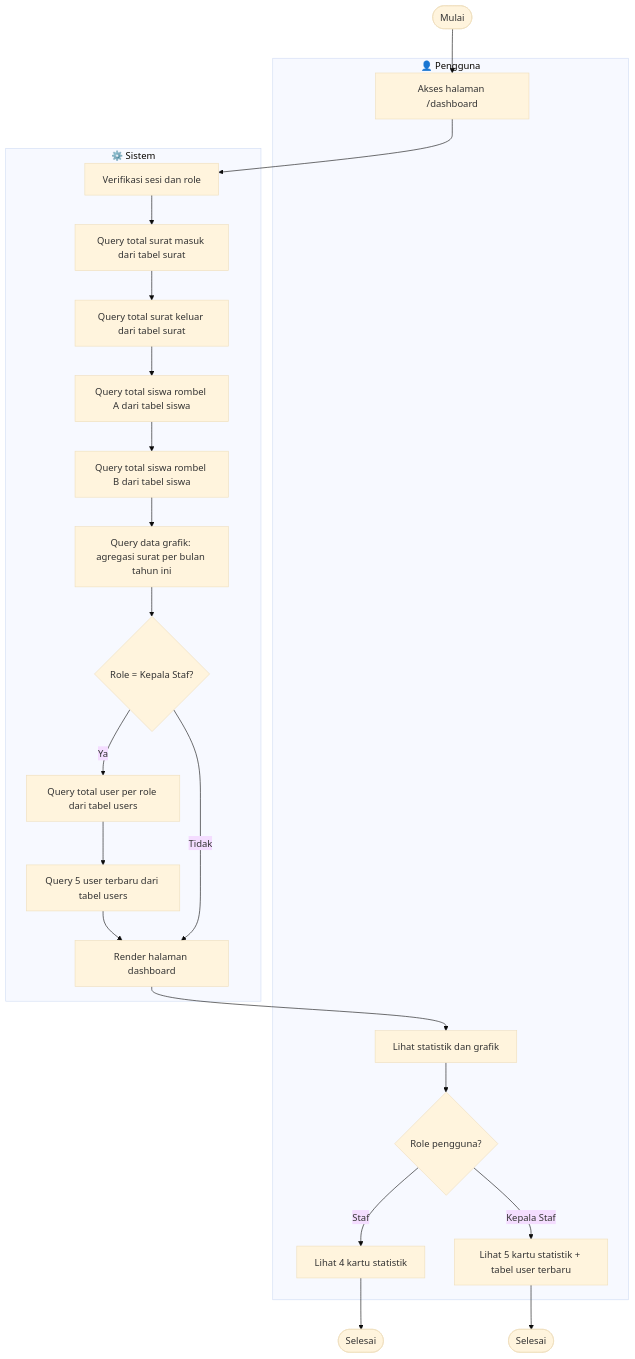
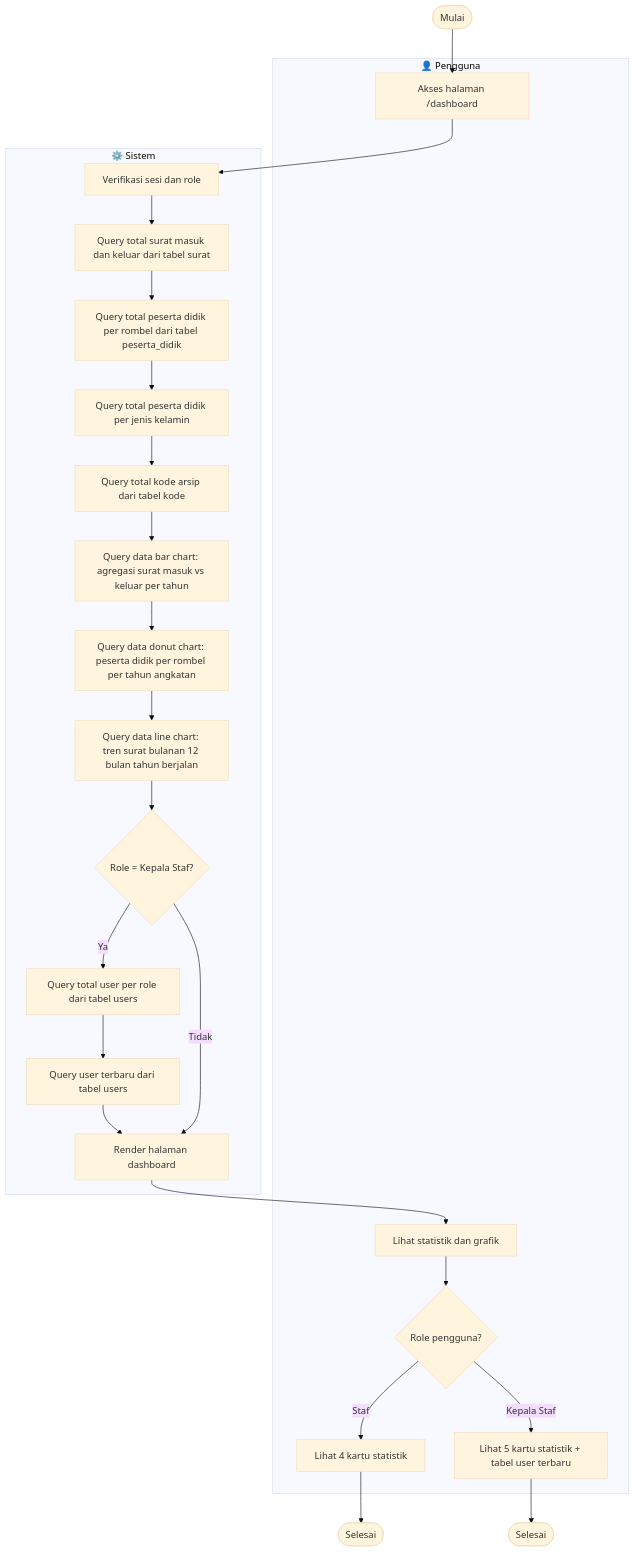
One commit to paklek325/e-arsip changed the diagram in docs/activity-dashboard.md. Above: the diagram before and after it, drawn with Mermaid (base theme). The commit also changed other lines of this file and 25 other files, not shown here.

````diff
--- a/docs/activity-dashboard.md
+++ b/docs/activity-dashboard.md
@@ -7,32 +7,34 @@
 ```mermaid
 flowchart TD
     START([Mulai]) --> A1
 
     subgraph USER["👤 Pengguna"]
         A1[Akses halaman /dashboard]
         A2[Lihat statistik dan grafik]
         A3{Role pengguna?}
         A4[Lihat 4 kartu statistik]
         A5[Lihat 5 kartu statistik + tabel user terbaru]
     end
 
     subgraph SYSTEM["⚙️ Sistem"]
         B1[Verifikasi sesi dan role]
-        B2[Query total surat masuk dari tabel surat]
-        B3[Query total surat keluar dari tabel surat]
-        B4[Query total siswa rombel A dari tabel siswa]
-        B5[Query total siswa rombel B dari tabel siswa]
-        B6[Query data grafik: agregasi surat per bulan tahun ini]
-        B7{Role = Kepala Staf?}
-        B8[Query total user per role dari tabel users]
-        B9[Query 5 user terbaru dari tabel users]
-        B10[Render halaman dashboard]
+        B2[Query total surat masuk dan keluar dari tabel surat]
+        B3[Query total peserta didik per rombel dari tabel peserta_didik]
+        B4[Query total peserta didik per jenis kelamin]
+        B5[Query total kode arsip dari tabel kode]
+        B6[Query data bar chart: agregasi surat masuk vs keluar per tahun]
+        B7[Query data donut chart: peserta didik per rombel per tahun angkatan]
+        B8[Query data line chart: tren surat bulanan 12 bulan tahun berjalan]
+        B9{Role = Kepala Staf?}
+        B10[Query total user per role dari tabel users]
+        B11[Query user terbaru dari tabel users]
+        B12[Render halaman dashboard]
     end
 
-    A1 --> B1 --> B2 --> B3 --> B4 --> B5 --> B6 --> B7
-    B7 -->|Ya| B8 --> B9 --> B10
-    B7 -->|Tidak| B10
-    B10 --> A2 --> A3
+    A1 --> B1 --> B2 --> B3 --> B4 --> B5 --> B6 --> B7 --> B8 --> B9
+    B9 -->|Ya| B10 --> B11 --> B12
+    B9 -->|Tidak| B12
+    B12 --> A2 --> A3
     A3 -->|Staf| A4 --> STOP1([Selesai])
     A3 -->|Kepala Staf| A5 --> STOP2([Selesai])
 ```
````
